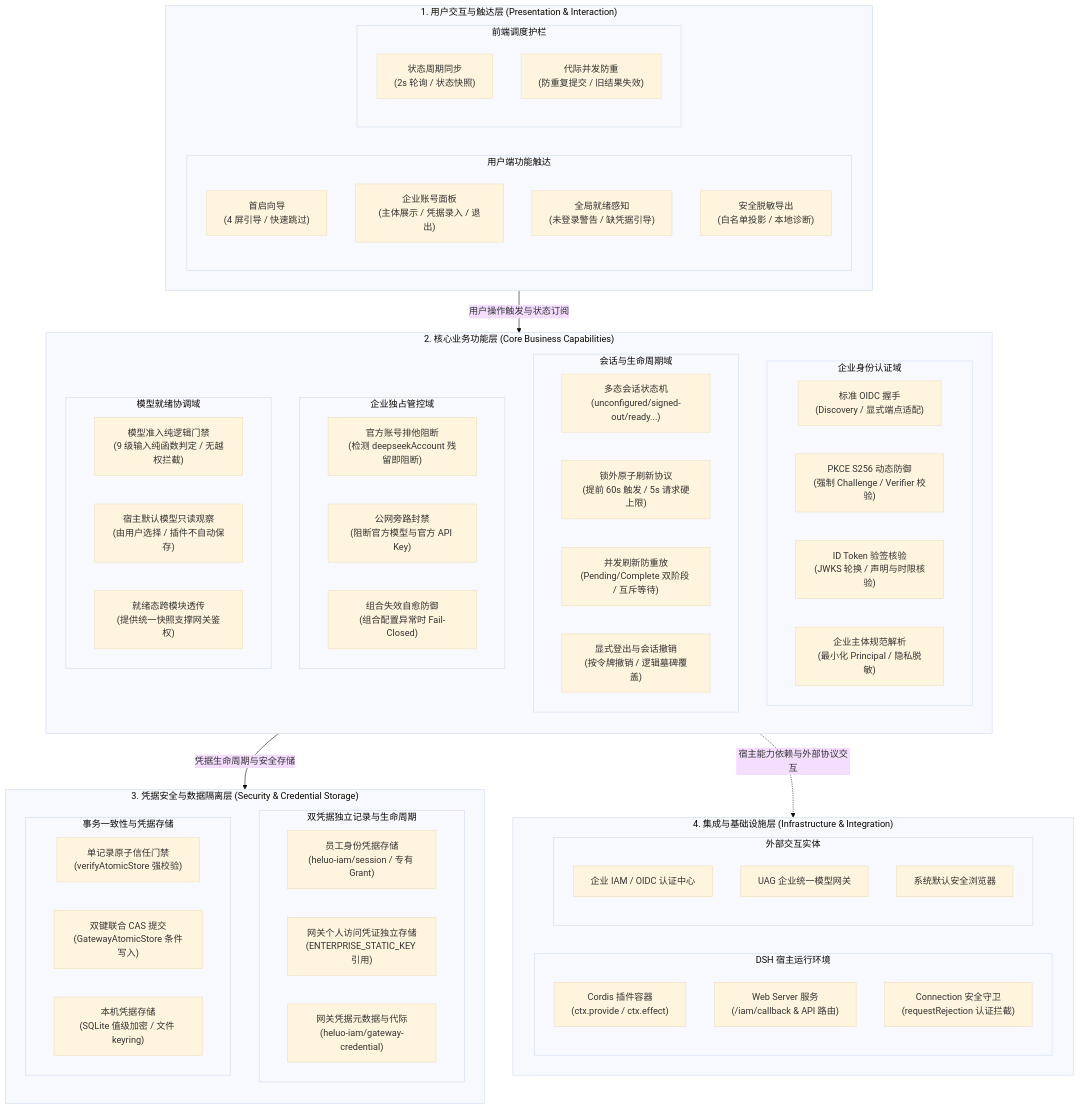
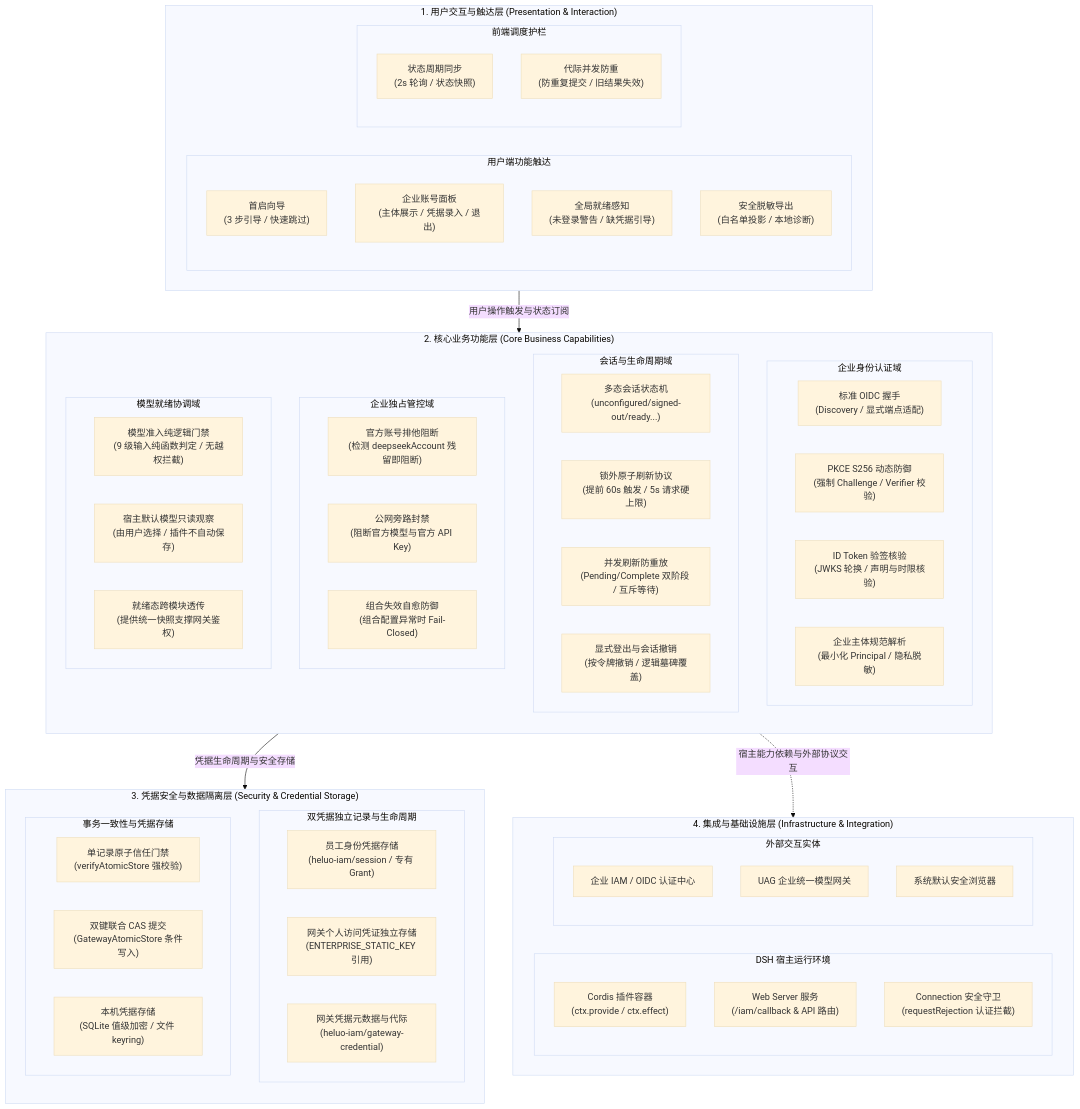
One commit to hrygo/heluo-forge changed the first of 6 diagrams in docs/design/plugins/forge-iam.md. Above: the diagram before and after it, drawn with Mermaid (base theme). The commit also changed other lines of this file and 174 other files, not shown here.

```diff
--- a/docs/design/plugins/forge-iam.md
+++ b/docs/design/plugins/forge-iam.md
@@ -119,7 +119,7 @@
   subgraph UI["1. 用户交互与触达层 (Presentation & Interaction)"]
     direction LR
     subgraph UI_User["用户端功能触达"]
-      F_Onboard["首启向导<br/>(4 屏引导 / 快速跳过)"]
+      F_Onboard["首启向导<br/>(3 步引导 / 快速跳过)"]
       F_Account["企业账号面板<br/>(主体展示 / 凭据录入 / 退出)"]
       F_Banner["全局就绪感知<br/>(未登录警告 / 缺凭据引导)"]
       F_Diag["安全脱敏导出<br/>(白名单投影 / 本地诊断)"]
```
